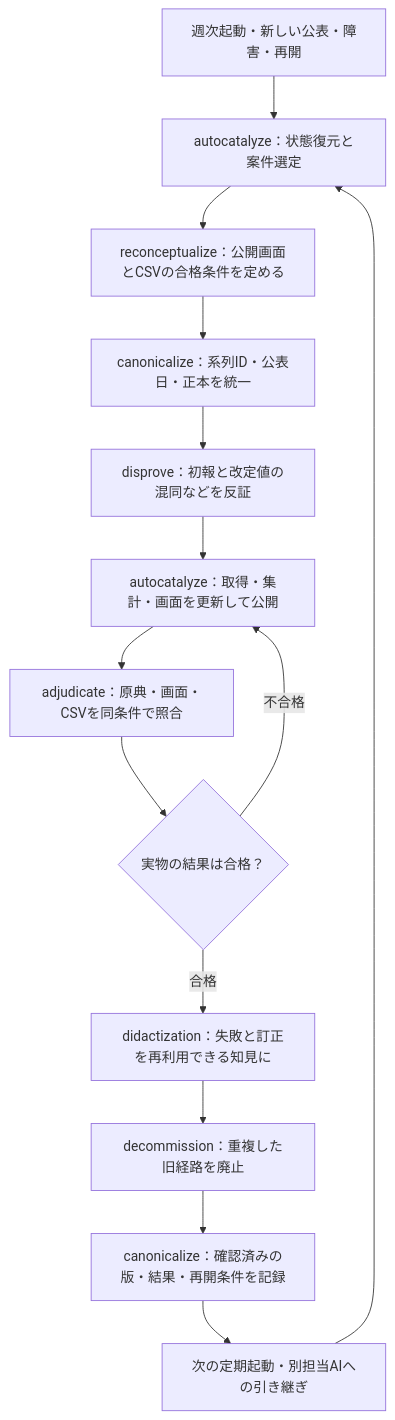
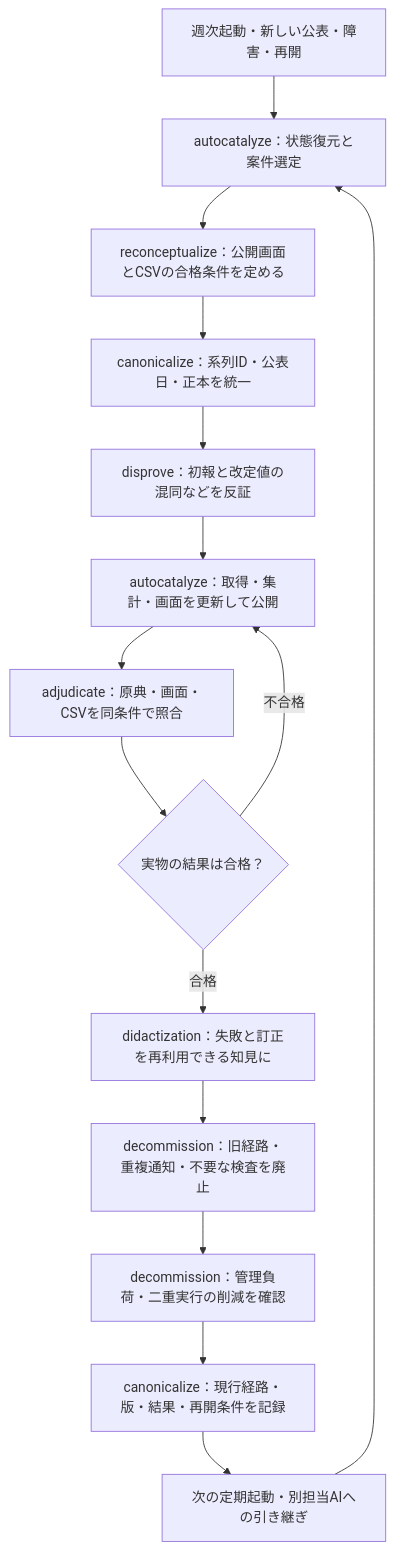
Before and after one commit to KAFKA2306/kafstyler: the diagram in README.md, drawn with Mermaid. The commit also changed other lines of this file and 3 other files, not shown here.

````diff
--- a/README.md
+++ b/README.md
@@ -108,16 +108,17 @@
 ```mermaid
 flowchart TD
     trigger["週次起動・新しい公表・障害・再開"] --> auto["autocatalyze：状態復元と案件選定"]
     auto --> goal["reconceptualize：公開画面とCSVの合格条件を定める"]
     goal --> canon["canonicalize：系列ID・公表日・正本を統一"]
     canon --> proof["disprove：初報と改定値の混同などを反証"]
     proof --> build["autocatalyze：取得・集計・画面を更新して公開"]
     build --> judge["adjudicate：原典・画面・CSVを同条件で照合"]
     judge --> decision{"実物の結果は合格？"}
     decision -->|不合格| build
     decision -->|合格| learn["didactization：失敗と訂正を再利用できる知見に"]
-    learn --> retire["decommission：重複した旧経路を廃止"]
-    retire --> record["canonicalize：確認済みの版・結果・再開条件を記録"]
+    learn --> retire["decommission：旧経路・重複通知・不要な検査を廃止"]
+    retire --> freed["decommission：管理負荷・二重実行の削減を確認"]
+    freed --> record["canonicalize：現行経路・版・結果・再開条件を記録"]
     record --> next["次の定期起動・別担当AIへの引き継ぎ"]
     next --> auto
 ```
````
